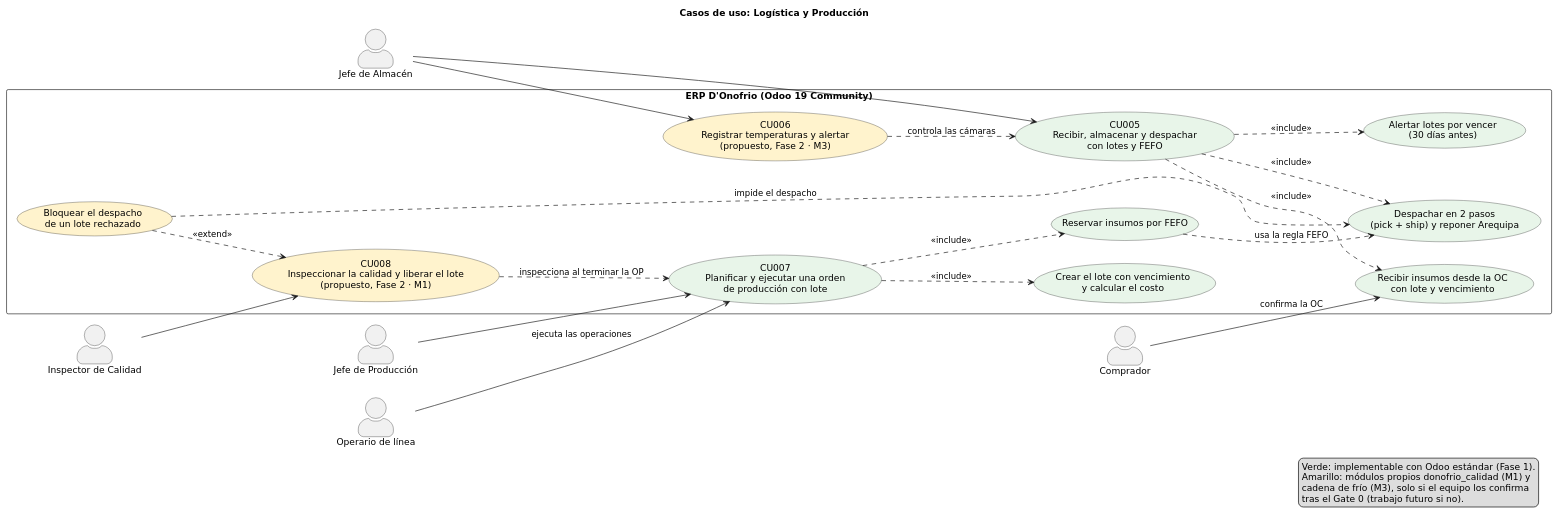
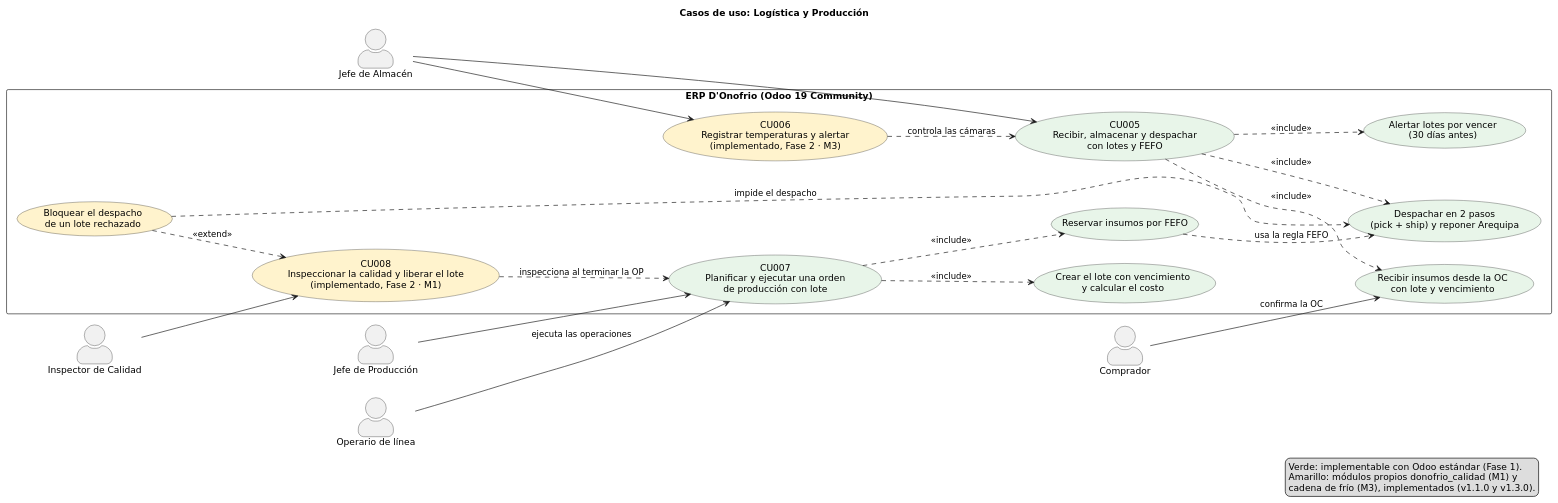
The diagram in docs/diagramas/cu/cu_logistica_produccion.puml (orlando572/erp-donofrio), drawn with PlantUML before and after one commit. The commit also changed 106 other files, not shown here.

```diff
--- a/docs/diagramas/cu/cu_logistica_produccion.puml
+++ b/docs/diagramas/cu/cu_logistica_produccion.puml
@@ -1,61 +1,60 @@
 @startuml cu_logistica_produccion
 ' Casos de uso de Logística y Producción (CU005 a CU008).
-' CU005 y CU007 son Fase 1 (Odoo estándar). CU006 (cadena de frío, M3) y CU008 (calidad, M1) son Fase 2: propuestos.
+' CU005 y CU007 son Fase 1 (Odoo estándar). CU006 (cadena de frío, M3) y CU008 (calidad, M1) son Fase 2: implementados.
 left to right direction
 skinparam shadowing false
 skinparam defaultFontName DejaVu Sans
 skinparam actorStyle awesome
 skinparam usecase {
   BackgroundColor #F4F7FB
   BorderColor #222222
 }
 skinparam rectangle {
   BackgroundColor #FFFFFF
   BorderColor #222222
 }
 title Casos de uso: Logística y Producción
 
 actor "Jefe de Almacén" as ALM
 actor "Jefe de Producción" as PRO
 actor "Operario de línea" as OPE
 actor "Inspector de Calidad" as INS
 actor "Comprador" as COM
 
 rectangle "ERP D'Onofrio (Odoo 19 Community)" {
   usecase "CU005\nRecibir, almacenar y despachar\ncon lotes y FEFO" as CU005 #E8F5E9
   usecase "Recibir insumos desde la OC\ncon lote y vencimiento" as REC #E8F5E9
   usecase "Despachar en 2 pasos\n(pick + ship) y reponer Arequipa" as DES #E8F5E9
   usecase "Alertar lotes por vencer\n(30 días antes)" as ALE #E8F5E9
   usecase "CU007\nPlanificar y ejecutar una orden\nde producción con lote" as CU007 #E8F5E9
   usecase "Reservar insumos por FEFO" as FEF #E8F5E9
   usecase "Crear el lote con vencimiento\ny calcular el costo" as LOT #E8F5E9
-  usecase "CU006\nRegistrar temperaturas y alertar\n(propuesto, Fase 2 · M3)" as CU006 #FFF3CD
-  usecase "CU008\nInspeccionar la calidad y liberar el lote\n(propuesto, Fase 2 · M1)" as CU008 #FFF3CD
+  usecase "CU006\nRegistrar temperaturas y alertar\n(implementado, Fase 2 · M3)" as CU006 #FFF3CD
+  usecase "CU008\nInspeccionar la calidad y liberar el lote\n(implementado, Fase 2 · M1)" as CU008 #FFF3CD
   usecase "Bloquear el despacho\nde un lote rechazado" as BLO #FFF3CD
 }
 
 COM --> REC : confirma la OC
 ALM --> CU005
 ALM --> CU006
 PRO --> CU007
 OPE --> CU007 : ejecuta las operaciones
 INS --> CU008
 
 CU005 ..> REC : <<include>>
 CU005 ..> DES : <<include>>
 CU005 ..> ALE : <<include>>
 CU007 ..> FEF : <<include>>
 CU007 ..> LOT : <<include>>
 FEF ..> DES : usa la regla FEFO
 CU006 ..> CU005 : controla las cámaras
 CU008 ..> CU007 : inspecciona al terminar la OP
 BLO ..> CU008 : <<extend>>
 BLO ..> DES : impide el despacho
 
 legend right
   Verde: implementable con Odoo estándar (Fase 1).
   Amarillo: módulos propios donofrio_calidad (M1) y
-  cadena de frío (M3), solo si el equipo los confirma
-  tras el Gate 0 (trabajo futuro si no).
+  cadena de frío (M3), implementados (v1.1.0 y v1.3.0).
 endlegend
 @enduml
```
